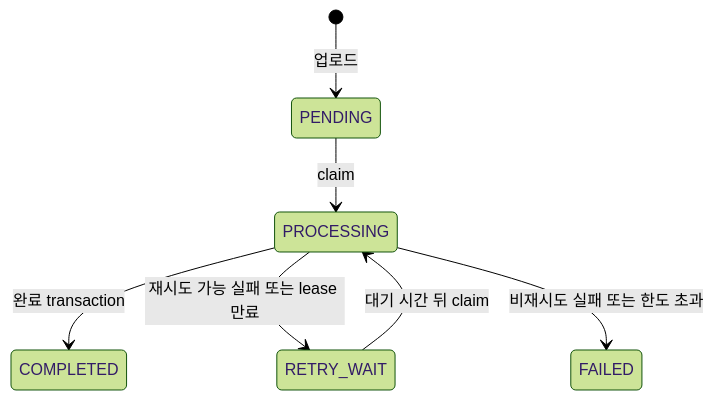
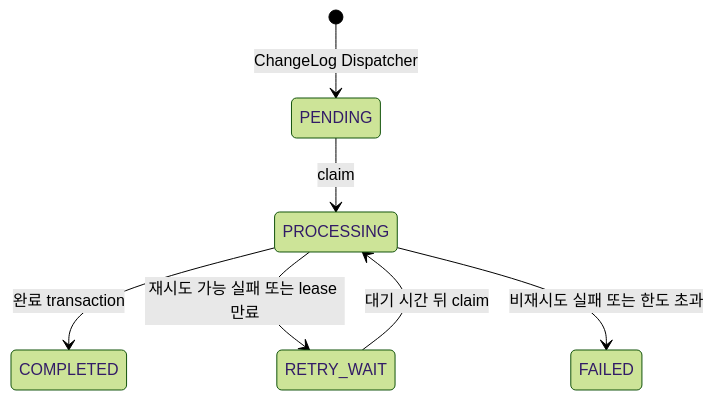
Before and after one commit to jaemin-devlog/PRIZM: the seventh of 7 diagrams in docs/architecture.md, drawn with Mermaid (forest theme). The commit also changed other lines of this file and 6 other files, not shown here.

````diff
--- a/docs/architecture.md
+++ b/docs/architecture.md
@@ -346,9 +401,9 @@
 ```mermaid
 stateDiagram-v2
-    [*] --> PENDING: 업로드
+    [*] --> PENDING: ChangeLog Dispatcher
     PENDING --> PROCESSING: claim
     PROCESSING --> COMPLETED: 완료 transaction
     PROCESSING --> RETRY_WAIT: 재시도 가능 실패 또는 lease 만료
     RETRY_WAIT --> PROCESSING: 대기 시간 뒤 claim
     PROCESSING --> FAILED: 비재시도 실패 또는 한도 초과
 ```
````
